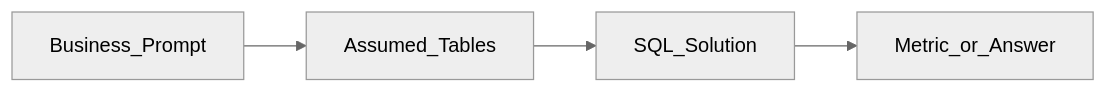
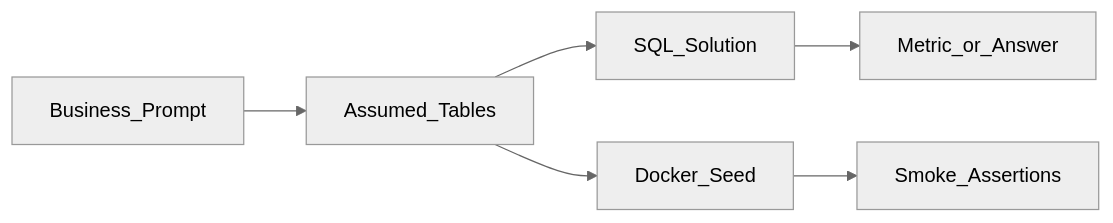
Before and after one commit to kchebs/example_SQL: the diagram in README.md, drawn with Mermaid (neutral theme). The commit also changed other lines of this file and 11 other files, not shown here.

````diff
--- a/README.md
+++ b/README.md
@@ -30,6 +32,8 @@
 ```mermaid
 flowchart LR
   Prompt[Business_Prompt] --> Schema[Assumed_Tables]
   Schema --> Query[SQL_Solution]
   Query --> Insight[Metric_or_Answer]
+  Schema --> Seed[Docker_Seed]
+  Seed --> Smoke[Smoke_Assertions]
 ```
````
